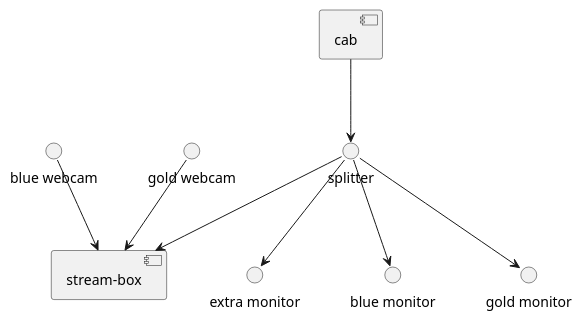
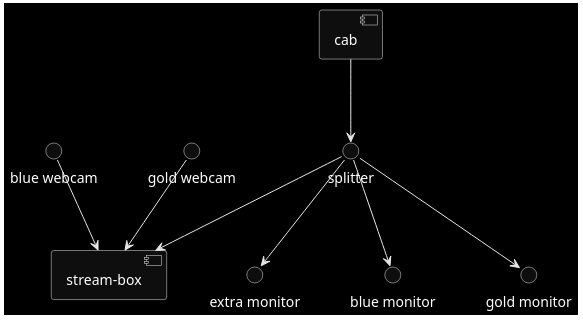
One commit to LoganBarnett/blog changed the first of 2 diagrams in killer-queen-streaming-guide.org. Above: the diagram before and after it, drawn with PlantUML. The commit also changed other lines of this file and 5 other files, not shown here.

Commit message:
add necessary links, toc, and make prettier and more scalable diagrams

```diff
--- a/killer-queen-streaming-guide.org
+++ b/killer-queen-streaming-guide.org
@@ -50,19 +63,21 @@
-#+BEGIN_SRC plantuml :file video-flow.png
+#+BEGIN_SRC plantuml :file video-flow.svg :java -Djava.awt.headless=true
+skinparam monochrome reverse
+
 [cab]
 () splitter
 [stream-box]
 () "blue webcam" as bcam
 () "gold webcam" as gcam
 () "extra monitor" as auxout
 () "blue monitor" as bmonitor
 () "gold monitor" as gmonitor
 
 [cab] --> splitter
 bcam --> [stream-box]
 splitter --> [stream-box]
 splitter --> auxout
 splitter --> gmonitor
 splitter --> bmonitor
 gcam --> [stream-box]
 
 #+END_SRC
```
